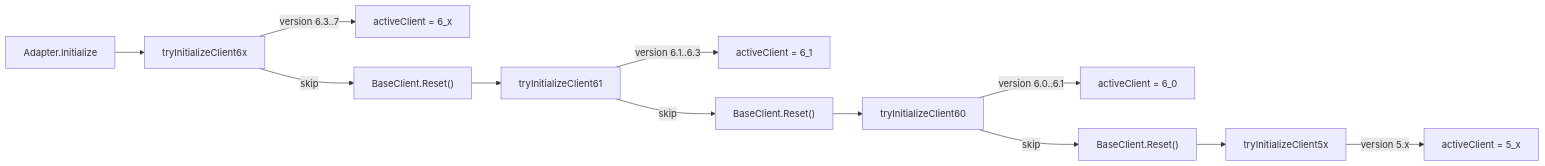
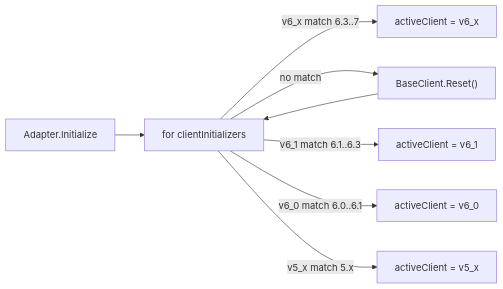
Before and after one commit to POSIdev-community/aictl: the second of 2 diagrams in AGENTS.md, drawn with Mermaid. The commit also changed other lines of this file and 1 other file, not shown here.

````diff
--- a/AGENTS.md
+++ b/AGENTS.md
@@ -107,14 +117,10 @@
 ```mermaid
 flowchart LR
-    init["Adapter.Initialize"] --> try6x["tryInitializeClient6x"]
-    try6x -->|"version 6.3..7"| active6x["activeClient = 6_x"]
-    try6x -->|skip| reset0["BaseClient.Reset()"]
-    reset0 --> try61["tryInitializeClient61"]
-    try61 -->|"version 6.1..6.3"| active61["activeClient = 6_1"]
-    try61 -->|skip| reset1["BaseClient.Reset()"]
-    reset1 --> try60["tryInitializeClient60"]
-    try60 -->|"version 6.0..6.1"| active60["activeClient = 6_0"]
-    try60 -->|skip| reset2["BaseClient.Reset()"]
-    reset2 --> try5["tryInitializeClient5x"]
-    try5 -->|version 5.x| active5["activeClient = 5_x"]
+    init["Adapter.Initialize"] --> loop["for clientInitializers"]
+    loop -->|"v6_x match 6.3..7"| active6x["activeClient = v6_x"]
+    loop -->|"no match"| reset0["BaseClient.Reset()"]
+    reset0 --> loop
+    loop -->|"v6_1 match 6.1..6.3"| active61["activeClient = v6_1"]
+    loop -->|"v6_0 match 6.0..6.1"| active60["activeClient = v6_0"]
+    loop -->|"v5_x match 5.x"| active5["activeClient = v5_x"]
 ```
````
